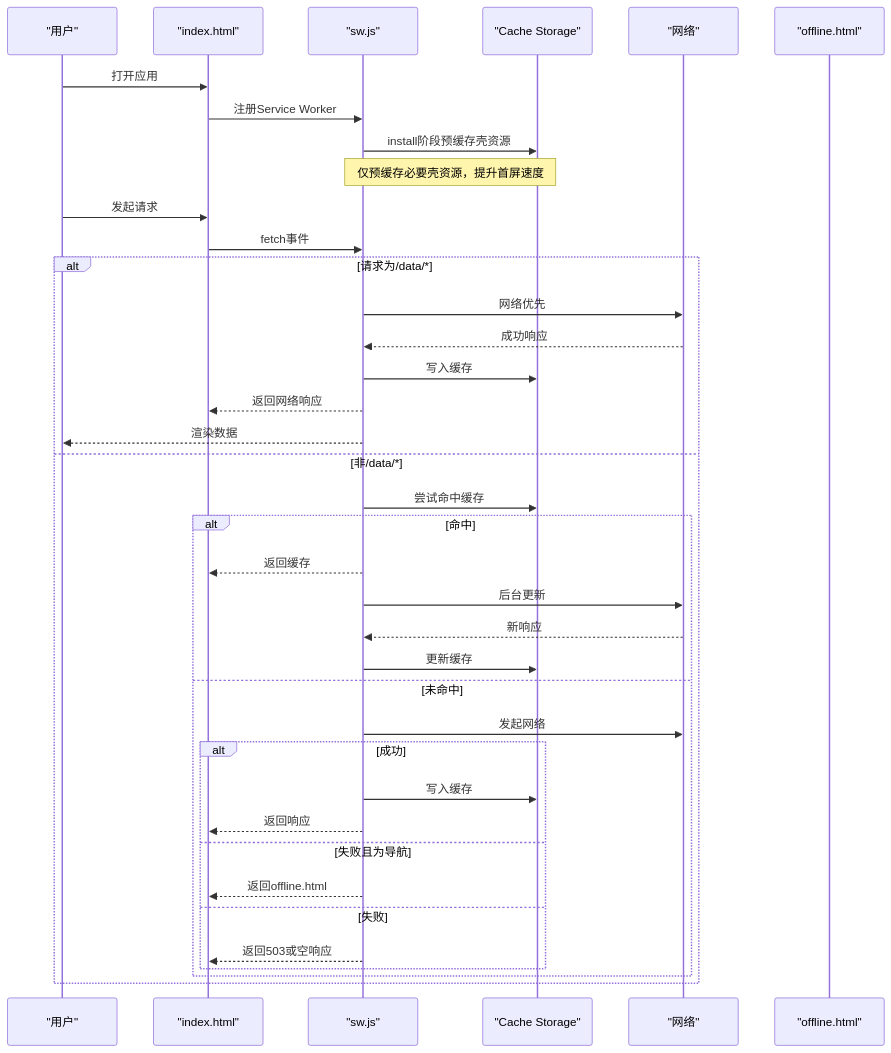
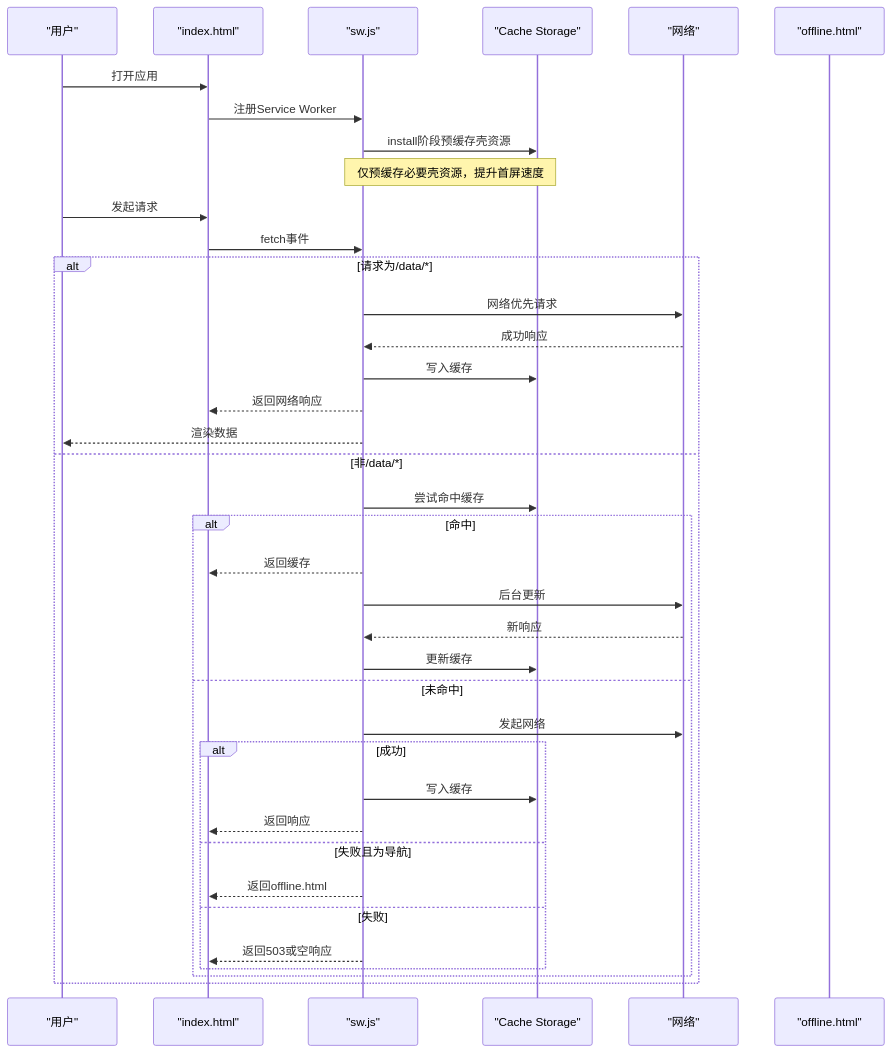
The second of 4 diagrams in .qoder/repowiki/zh/content/核心功能/用户体验优化/PWA离线支持.md (allengaller/repo-database), drawn with Mermaid before and after one commit. The commit also changed other lines of this file and 38 other files, not shown here.

````diff
--- a/.qoder/repowiki/zh/content/核心功能/用户体验优化/PWA离线支持.md
+++ b/.qoder/repowiki/zh/content/核心功能/用户体验优化/PWA离线支持.md
@@ -86,40 +100,40 @@
 ```mermaid
 sequenceDiagram
 participant U as "用户"
 participant H as "index.html"
 participant SW as "sw.js"
 participant CS as "Cache Storage"
 participant N as "网络"
 participant O as "offline.html"
 U->>H : 打开应用
 H->>SW : 注册Service Worker
 SW->>CS : install阶段预缓存壳资源
 Note over SW,CS : 仅预缓存必要壳资源，提升首屏速度
 U->>H : 发起请求
 H->>SW : fetch事件
 alt 请求为/data/*
-SW->>N : 网络优先
+SW->>N : 网络优先请求
 N-->>SW : 成功响应
 SW->>CS : 写入缓存
 SW-->>H : 返回网络响应
 SW-->>U : 渲染数据
 else 非/data/*
 SW->>CS : 尝试命中缓存
 alt 命中
 SW-->>H : 返回缓存
 SW->>N : 后台更新
 N-->>SW : 新响应
 SW->>CS : 更新缓存
 else 未命中
 SW->>N : 发起网络
 alt 成功
 SW->>CS : 写入缓存
 SW-->>H : 返回响应
 else 失败且为导航
 SW-->>H : 返回offline.html
 else 失败
 SW-->>H : 返回503或空响应
 end
 end
 end
 ```
````
